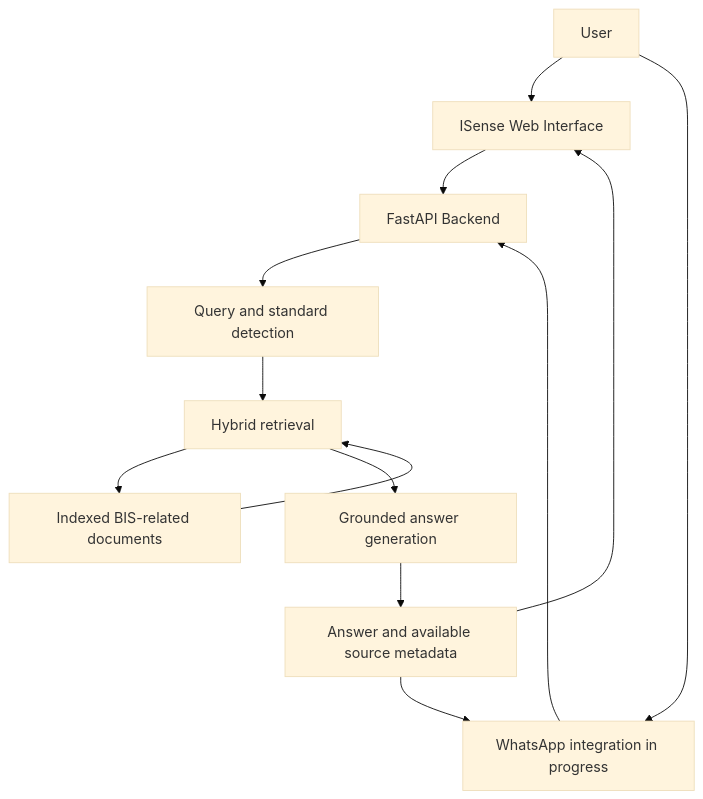
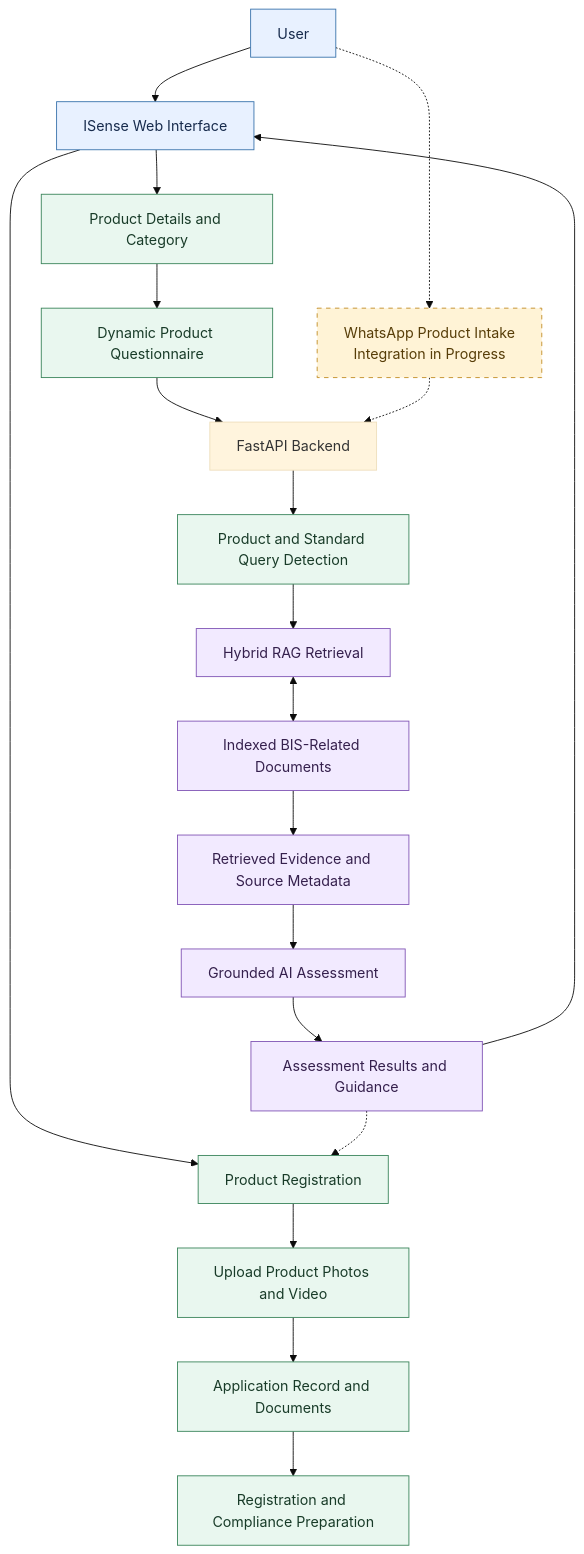
The diagram in README.md (Akashmathiyalagan/ISense), drawn with Mermaid (base theme) before and after one commit. The commit also changed other lines of this file, not shown here.

Commit message:
Update ISense architecture workflow diagram

```diff
--- a/README.md
+++ b/README.md
@@ -55,15 +55,38 @@
 ~~~mermaid
 flowchart TD
     U[User] --> UI[ISense Web Interface]
-    U --> WA[WhatsApp integration in progress]
-    UI --> API[FastAPI Backend]
-    WA --> API
-    API --> Q[Query and standard detection]
-    Q --> R[Hybrid retrieval]
-    R --> KB[Indexed BIS-related documents]
-    KB --> R
-    R --> G[Grounded answer generation]
-    G --> C[Answer and available source metadata]
-    C --> UI
-    C --> WA
+    U -.-> WA[WhatsApp Product Intake<br/>Integration in Progress]
+
+    UI --> P[Product Details and Category]
+    P --> Q[Dynamic Product Questionnaire]
+    Q --> API[FastAPI Backend]
+
+    WA -.-> API
+
+    API --> D[Product and Standard Query Detection]
+    D --> R[Hybrid RAG Retrieval]
+
+    R <--> KB[Indexed BIS-Related Documents]
+    KB --> E[Retrieved Evidence and Source Metadata]
+    E --> A[Grounded AI Assessment]
+
+    A --> RES[Assessment Results and Guidance]
+    RES --> UI
+
+    UI --> REG[Product Registration]
+    REG --> DOC[Upload Product Photos and Video]
+    DOC --> APP[Application Record and Documents]
+
+    RES -.-> REG
+    APP --> END[Registration and Compliance Preparation]
+
+    classDef user fill:#e8f1ff,stroke:#3973ac,color:#172b4d
+    classDef process fill:#e9f7ef,stroke:#39845a,color:#183b28
+    classDef ai fill:#f2eaff,stroke:#8054b5,color:#35204d
+    classDef pending fill:#fff3d6,stroke:#c18b22,color:#573d08,stroke-dasharray:5 5
+
+    class U,UI user
+    class P,Q,D,REG,DOC,APP,END process
+    class R,KB,E,A,RES ai
+    class WA pending
 ~~~
```
